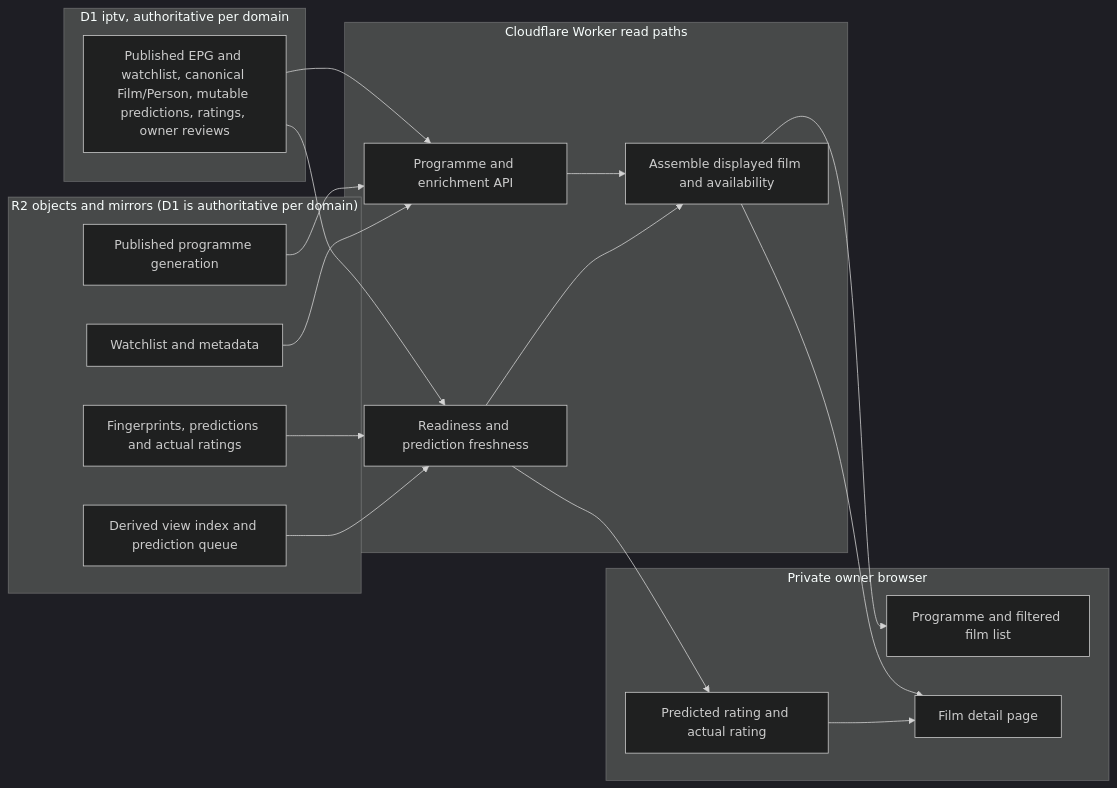
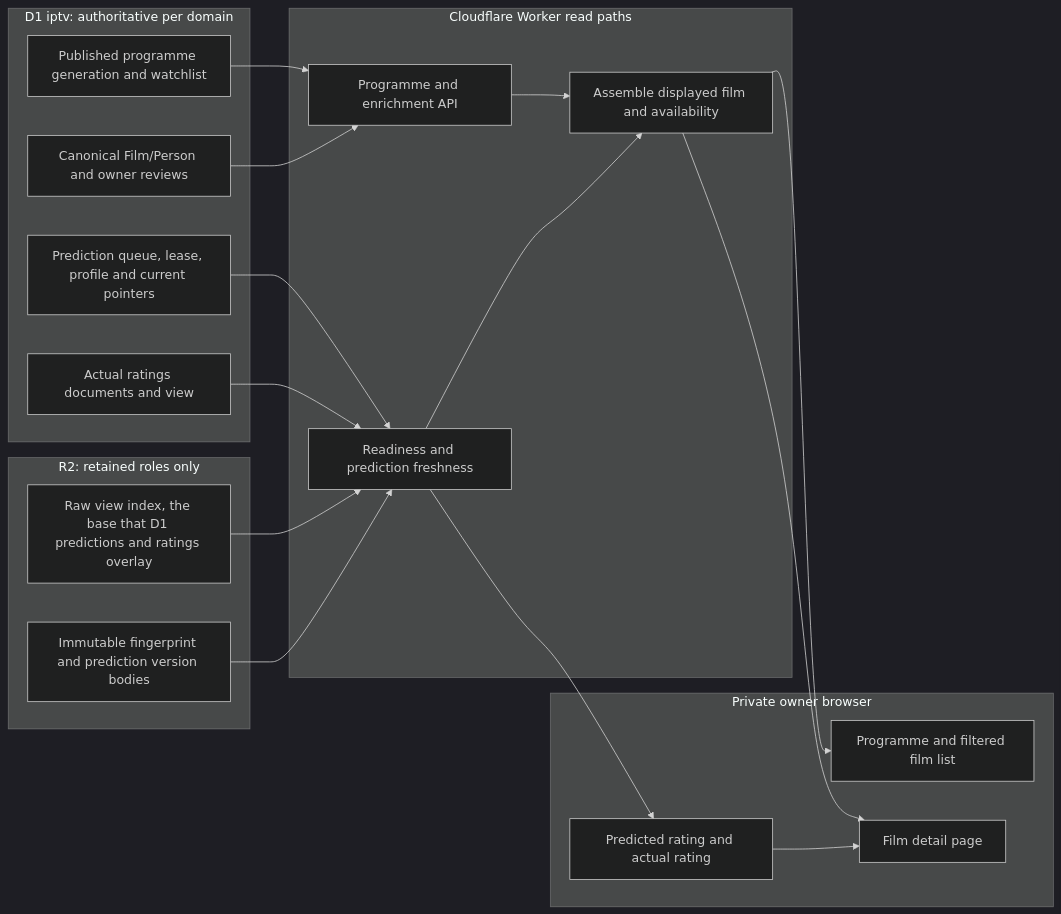
Before and after one commit to vladimino/iptv-watchlist: the diagram in docs/architecture/ui-and-read-models.md, drawn with Mermaid (dark theme). The commit also changed other lines of this file and 4 other files, not shown here.

````diff
--- a/docs/architecture/ui-and-read-models.md
+++ b/docs/architecture/ui-and-read-models.md
@@ -5,34 +5,35 @@
 ```mermaid
 flowchart LR
-    subgraph Storage["R2 objects and mirrors (D1 is authoritative per domain)"]
-        programme["Published programme generation"]
-        watchlist["Watchlist and metadata"]
-        enrichment["Fingerprints, predictions and actual ratings"]
-        index["Derived view index and prediction queue"]
+    subgraph Authority["D1 iptv: authoritative per domain"]
+        d1pub["Published programme generation and watchlist"]
+        d1canon["Canonical Film/Person and owner reviews"]
+        d1pred["Prediction queue, lease, profile and current pointers"]
+        d1rat["Actual ratings documents and view"]
     end
-    subgraph Authority["D1 iptv, authoritative per domain"]
-        d1read["Published EPG and watchlist, canonical Film/Person, mutable predictions, ratings, owner reviews"]
+    subgraph R2roles["R2: retained roles only"]
+        idx["Raw view index, the base that D1 predictions and ratings overlay"]
+        bodies["Immutable fingerprint and prediction version bodies"]
     end
     subgraph Server["Cloudflare Worker read paths"]
         api["Programme and enrichment API"]
         combine["Assemble displayed film and availability"]
         ready["Readiness and prediction freshness"]
     end
     subgraph UI["Private owner browser"]
         shortlist["Programme and filtered film list"]
         details["Film detail page"]
         ratings["Predicted rating and actual rating"]
     end
-    d1read --> api
-    d1read --> ready
-    programme --> api
-    watchlist --> api
-    enrichment --> ready
-    index --> ready
+    d1pub --> api
+    d1canon --> api
+    d1pred --> ready
+    d1rat --> ready
+    idx --> ready
+    bodies --> ready
     api --> combine
     ready --> combine
     combine --> shortlist
     combine --> details
     ready --> ratings
     ratings --> details
 ```
````
